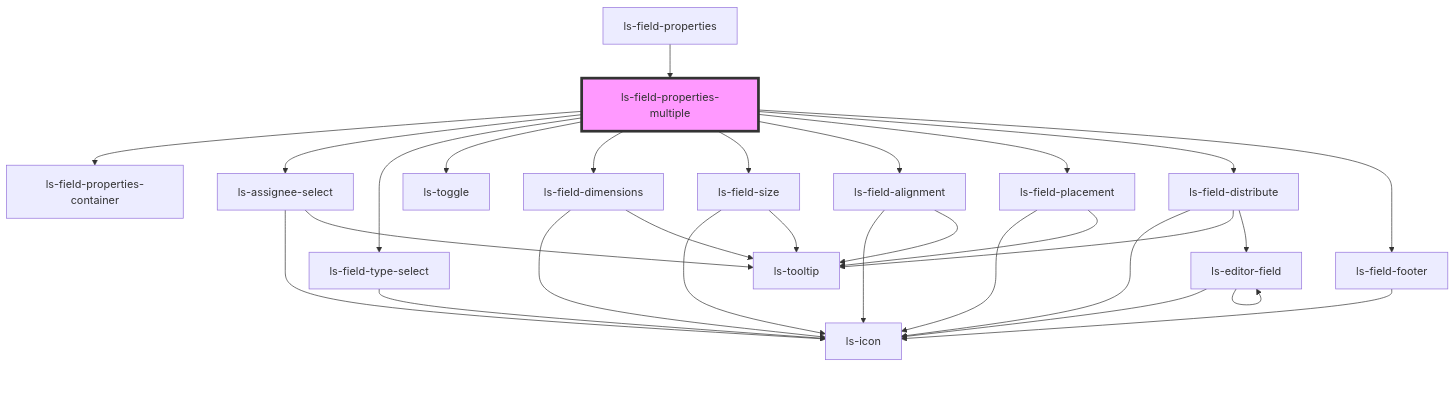
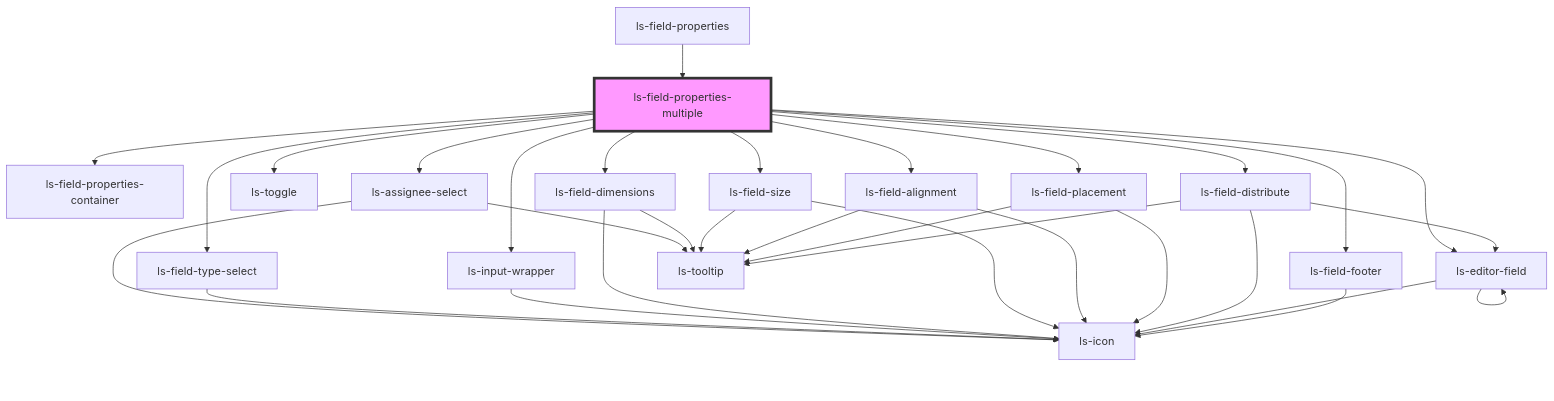
One commit to legalesign/ls-document-viewer changed the diagram in src/components/ls-field-properties-multiple/readme.md. Above: the diagram before and after it, drawn with Mermaid. The commit also changed other lines of this file and 7 other files, not shown here.

````diff
--- a/src/components/ls-field-properties-multiple/readme.md
+++ b/src/components/ls-field-properties-multiple/readme.md
@@ -45,32 +47,35 @@
 ```mermaid
 graph TD;
   ls-field-properties-multiple --> ls-field-properties-container
   ls-field-properties-multiple --> ls-assignee-select
   ls-field-properties-multiple --> ls-field-type-select
   ls-field-properties-multiple --> ls-toggle
+  ls-field-properties-multiple --> ls-input-wrapper
   ls-field-properties-multiple --> ls-field-dimensions
   ls-field-properties-multiple --> ls-field-size
   ls-field-properties-multiple --> ls-field-alignment
   ls-field-properties-multiple --> ls-field-placement
   ls-field-properties-multiple --> ls-field-distribute
   ls-field-properties-multiple --> ls-field-footer
+  ls-field-properties-multiple --> ls-editor-field
   ls-assignee-select --> ls-icon
   ls-assignee-select --> ls-tooltip
   ls-field-type-select --> ls-icon
+  ls-input-wrapper --> ls-icon
   ls-field-dimensions --> ls-icon
   ls-field-dimensions --> ls-tooltip
   ls-field-size --> ls-icon
   ls-field-size --> ls-tooltip
   ls-field-alignment --> ls-icon
   ls-field-alignment --> ls-tooltip
   ls-field-placement --> ls-icon
   ls-field-placement --> ls-tooltip
   ls-field-distribute --> ls-icon
   ls-field-distribute --> ls-tooltip
   ls-field-distribute --> ls-editor-field
   ls-editor-field --> ls-icon
   ls-editor-field --> ls-editor-field
   ls-field-footer --> ls-icon
   ls-field-properties --> ls-field-properties-multiple
   style ls-field-properties-multiple fill:#f9f,stroke:#333,stroke-width:4px
 ```
````
